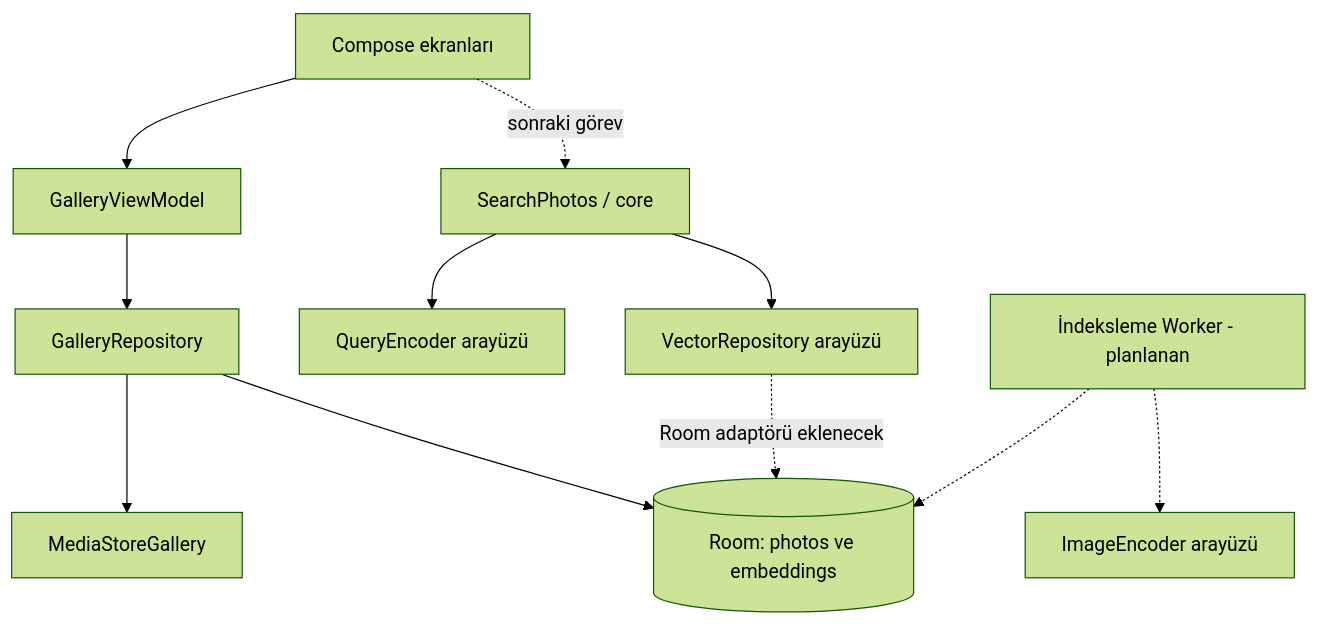
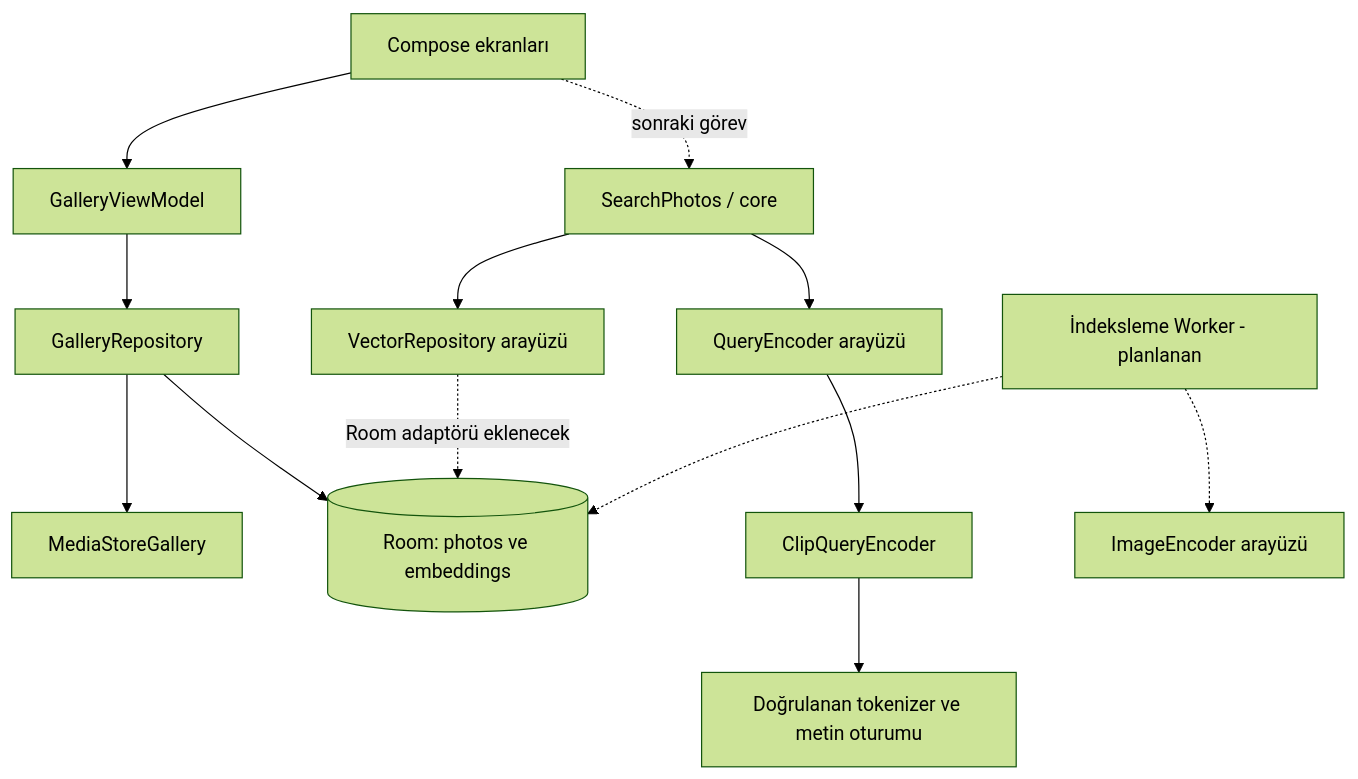
One commit to ozkanteberr/galeride-ara changed the diagram in docs/ARCHITECTURE.md. Above: the diagram before and after it, drawn with Mermaid (forest theme). The commit also changed other lines of this file and 11 other files, not shown here.

Commit message:
Add Turkish QueryEncoder adapter with explicit session ownership

````diff
--- a/docs/ARCHITECTURE.md
+++ b/docs/ARCHITECTURE.md
@@ -52,13 +52,15 @@
 ```mermaid
 flowchart TD
     UI[Compose ekranları] --> VM[GalleryViewModel]
     VM --> GR[GalleryRepository]
     GR --> MS[MediaStoreGallery]
     GR --> DB[(Room: photos ve embeddings)]
     UI -. sonraki görev .-> SEARCH[SearchPhotos / core]
     SEARCH --> QE[QueryEncoder arayüzü]
+    QE --> CQ[ClipQueryEncoder]
+    CQ --> TM[Doğrulanan tokenizer ve metin oturumu]
     SEARCH --> VR[VectorRepository arayüzü]
     VR -. Room adaptörü eklenecek .-> DB
     WORK[İndeksleme Worker - planlanan] -.-> IE[ImageEncoder arayüzü]
     WORK -.-> DB
 ```
````
